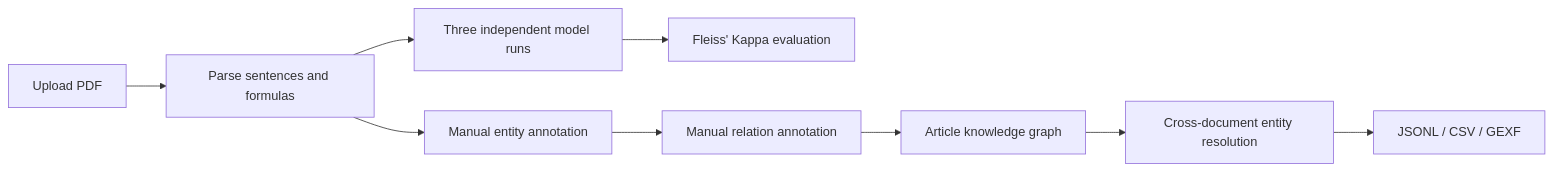
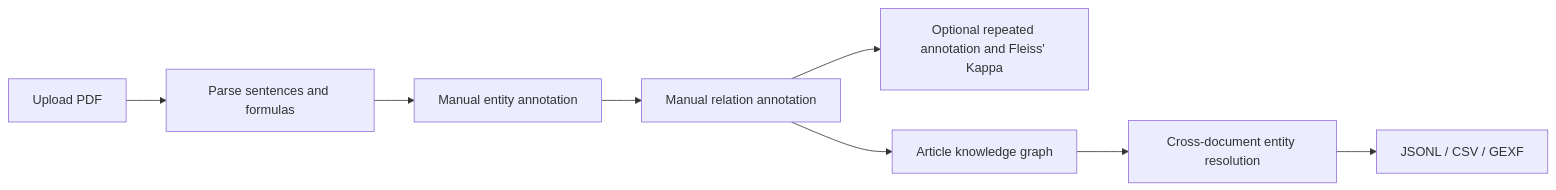
One commit to LeonardLeiT/kg-annotator changed the diagram in README.md. Above: the diagram before and after it, drawn with Mermaid. The commit also changed other lines of this file and 15 other files, not shown here.

````diff
--- a/README.md
+++ b/README.md
@@ -40,11 +40,10 @@
 ```mermaid
 flowchart LR
     A[Upload PDF] --> B[Parse sentences and formulas]
-    B --> C[Three independent model runs]
-    C --> D[Fleiss' Kappa evaluation]
     B --> E[Manual entity annotation]
     E --> F[Manual relation annotation]
+    F --> D[Optional repeated annotation and Fleiss' Kappa]
     F --> G[Article knowledge graph]
     G --> H[Cross-document entity resolution]
     H --> I[JSONL / CSV / GEXF]
 ```
````
